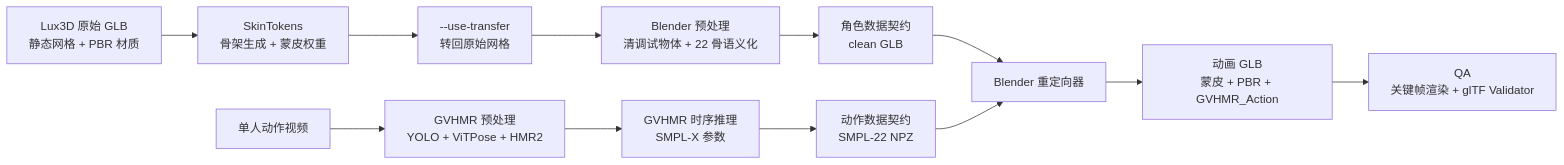
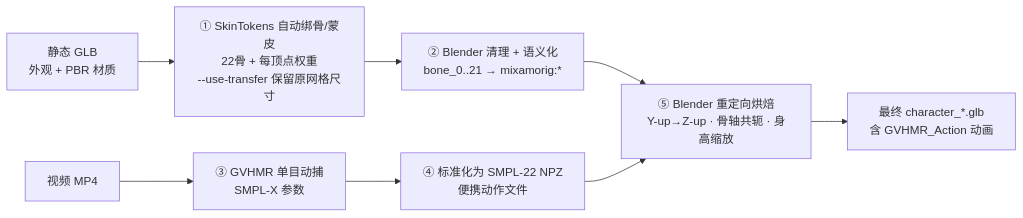
The first of 2 diagrams in docs/原始Lux3D-GLB到动画GLB-完整闭环运行手册.md (CaliInn-Li/hackday-0807), drawn with Mermaid before and after one commit. The commit also changed other lines of this file and 5 other files, not shown here.

````diff
--- a/docs/原始Lux3D-GLB到动画GLB-完整闭环运行手册.md
+++ b/docs/原始Lux3D-GLB到动画GLB-完整闭环运行手册.md
@@ -59,16 +63,12 @@
 ```mermaid
 flowchart LR
-    A["Lux3D 原始 GLB<br/>静态网格 + PBR 材质"] --> B["SkinTokens<br/>骨架生成 + 蒙皮权重"]
-    B --> C["--use-transfer<br/>转回原始网格"]
-    C --> D["Blender 预处理<br/>清调试物体 + 22 骨语义化"]
-    D --> E["角色数据契约<br/>clean GLB"]
+    A["静态 GLB<br/>外观 + PBR 材质"] --> B["① SkinTokens 自动绑骨/蒙皮<br/>22骨 + 每顶点权重<br/>--use-transfer 保留原网格尺寸"]
+    B --> C["② Blender 清理 + 语义化<br/>bone_0..21 → mixamorig:*"]
 
-    V["单人动作视频"] --> G["GVHMR 预处理<br/>YOLO + ViTPose + HMR2"]
-    G --> H["GVHMR 时序推理<br/>SMPL-X 参数"]
-    H --> I["动作数据契约<br/>SMPL-22 NPZ"]
+    V["视频 MP4"] --> D["③ GVHMR 单目动捕<br/>SMPL-X 参数"]
+    D --> E["④ 标准化为 SMPL-22 NPZ<br/>便携动作文件"]
 
-    E --> R["Blender 重定向器"]
-    I --> R
-    R --> O["动画 GLB<br/>蒙皮 + PBR + GVHMR_Action"]
-    O --> Q["QA<br/>关键帧渲染 + glTF Validator"]
+    C --> F["⑤ Blender 重定向烘焙<br/>Y-up→Z-up · 骨轴共轭 · 身高缩放"]
+    E --> F
+    F --> G["最终 character_*.glb<br/>含 GVHMR_Action 动画"]
 ```
````
